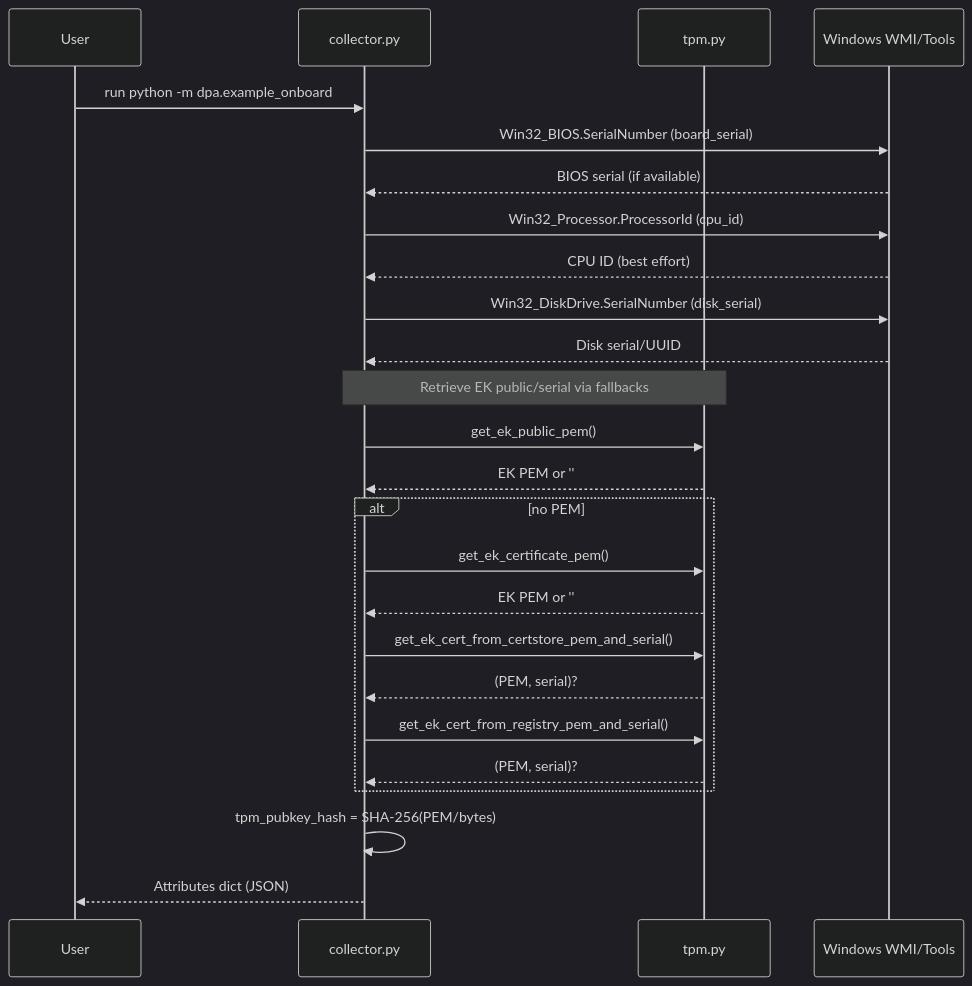
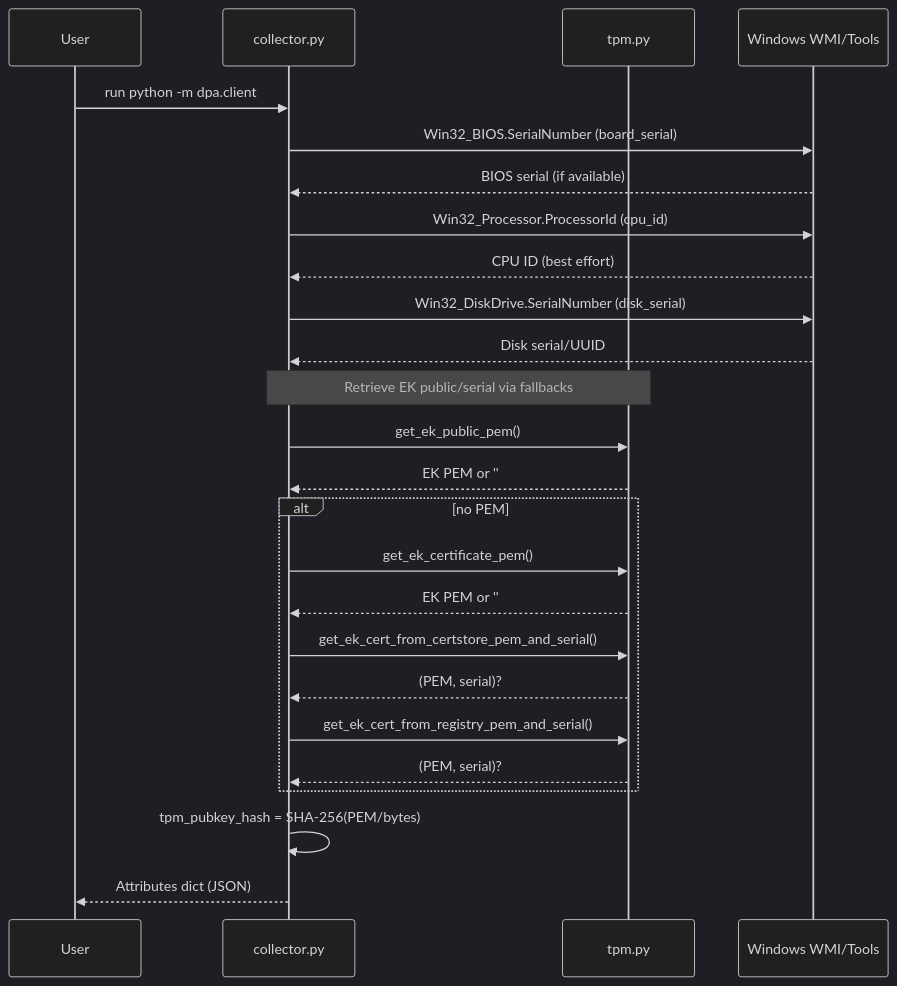
Before and after one commit to AadityaJVin/ZTNA-Device-Fingerprinting: the diagram in docs/diagrams/collection.mmd, drawn with Mermaid (dark theme). The commit also changed 6 other files, not shown here.

Commit message:
refactor: rename demo entrypoint to dpa.client; update docs and diagrams; enforce real PEM only

```diff
--- a/docs/diagrams/collection.mmd
+++ b/docs/diagrams/collection.mmd
@@ -1,28 +1,28 @@
 sequenceDiagram
     participant User
     participant Collector as collector.py
     participant TPM as tpm.py
     participant OS as Windows WMI/Tools
 
-    User->>Collector: run python -m dpa.example_onboard
+    User->>Collector: run python -m dpa.client
     Collector->>OS: Win32_BIOS.SerialNumber (board_serial)
     OS-->>Collector: BIOS serial (if available)
     Collector->>OS: Win32_Processor.ProcessorId (cpu_id)
     OS-->>Collector: CPU ID (best effort)
     Collector->>OS: Win32_DiskDrive.SerialNumber (disk_serial)
     OS-->>Collector: Disk serial/UUID
 
     Note over Collector,TPM: Retrieve EK public/serial via fallbacks
     Collector->>TPM: get_ek_public_pem()
     TPM-->>Collector: EK PEM or ''
     alt no PEM
         Collector->>TPM: get_ek_certificate_pem()
         TPM-->>Collector: EK PEM or ''
         Collector->>TPM: get_ek_cert_from_certstore_pem_and_serial()
         TPM-->>Collector: (PEM, serial)?
         Collector->>TPM: get_ek_cert_from_registry_pem_and_serial()
         TPM-->>Collector: (PEM, serial)?
     end
 
     Collector->>Collector: tpm_pubkey_hash = SHA-256(PEM/bytes)
     Collector-->>User: Attributes dict (JSON)
```
